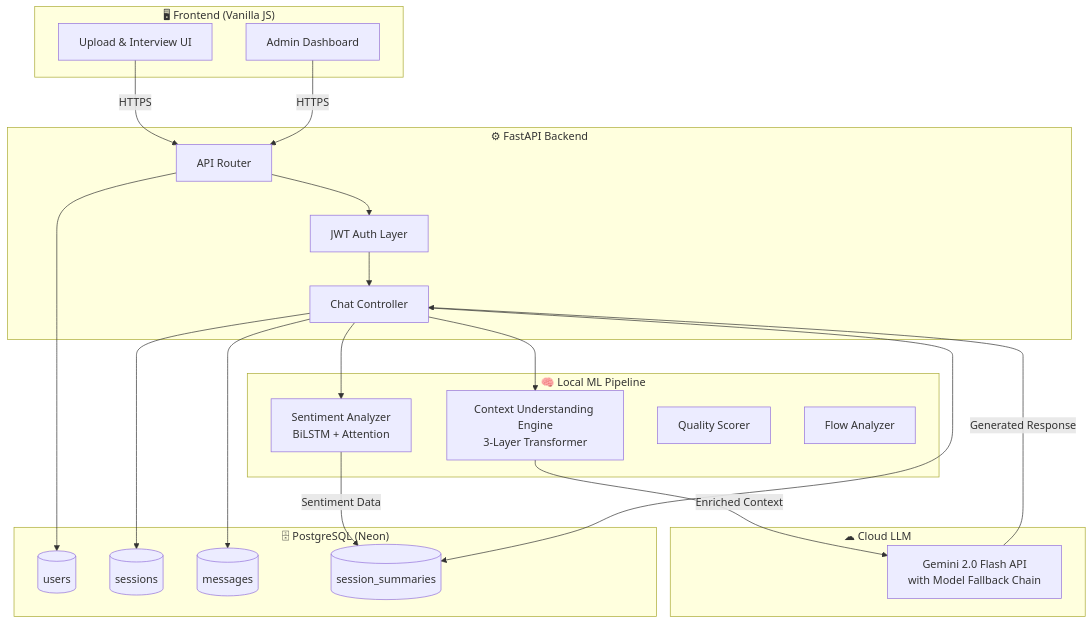
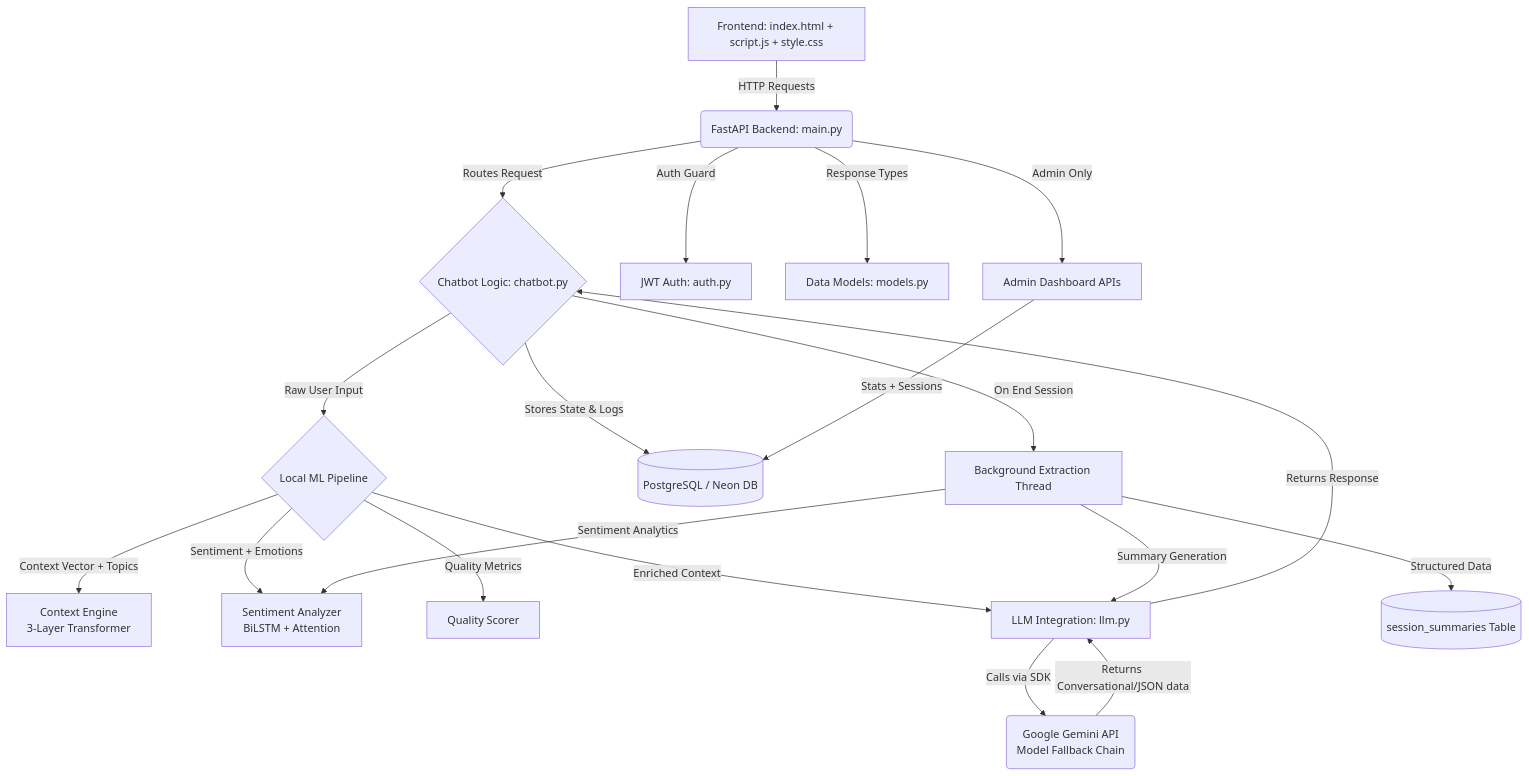
The first of 3 diagrams in README.md (Kshitij-2608/feedbackai), drawn with Mermaid before and after one commit. The commit also changed other lines of this file, not shown here.

Commit message:
docs: rewrite README in project format with ML pipeline documentation

````diff
--- a/README.md
+++ b/README.md
@@ -40,45 +22,26 @@
 ```mermaid
-graph TB
-    subgraph Client["🖥 Frontend (Vanilla JS)"]
-        UI[Upload & Interview UI]
-        Admin[Admin Dashboard]
-    end
-
-    subgraph Server["⚙ FastAPI Backend"]
-        API[API Router]
-        Auth[JWT Auth Layer]
-        Chat[Chat Controller]
-    end
-
-    subgraph ML["🧠 Local ML Pipeline"]
-        CE[Context Understanding Engine<br/>3-Layer Transformer]
-        SA[Sentiment Analyzer<br/>BiLSTM + Attention]
-        QS[Quality Scorer]
-        FA[Flow Analyzer]
-    end
-
-    subgraph Cloud["☁ Cloud LLM"]
-        Gemini[Gemini 2.0 Flash API<br/>with Model Fallback Chain]
-    end
-
-    subgraph DB["🗄 PostgreSQL (Neon)"]
-        Users[(users)]
-        Sessions[(sessions)]
-        Messages[(messages)]
-        Summaries[(session_summaries)]
-    end
-
-    UI -->|HTTPS| API
-    Admin -->|HTTPS| API
-    API --> Auth
-    Auth --> Chat
-    Chat --> CE
-    CE -->|Enriched Context| Gemini
-    Chat --> SA
-    SA -->|Sentiment Data| Summaries
-    Gemini -->|Generated Response| Chat
-    Chat --> Messages
-    Chat --> Sessions
-    Chat --> Summaries
-    API --> Users
+graph TD
+    A[Frontend: index.html + script.js + style.css] -->|HTTP Requests| B(FastAPI Backend: main.py)
+    B -->|Routes Request| C{Chatbot Logic: chatbot.py}
+    B -->|Auth Guard| AUTH[JWT Auth: auth.py]
+    B -->|Response Types| G[Data Models: models.py]
+    
+    C -->|Raw User Input| ML{Local ML Pipeline}
+    ML -->|Context Vector + Topics| CE[Context Engine<br/>3-Layer Transformer]
+    ML -->|Sentiment + Emotions| SA[Sentiment Analyzer<br/>BiLSTM + Attention]
+    ML -->|Quality Metrics| QS[Quality Scorer]
+    
+    ML -->|Enriched Context| D[LLM Integration: llm.py]
+    D -->|Calls via SDK| E(Google Gemini API<br/>Model Fallback Chain)
+    E -->|Returns Conversational/JSON data| D
+    D -->|Returns Response| C
+    
+    C -->|Stores State & Logs| F[(PostgreSQL / Neon DB)]
+    C -->|On End Session| H[Background Extraction Thread]
+    H -->|Summary Generation| D
+    H -->|Sentiment Analytics| SA
+    H -->|Structured Data| SS[(session_summaries Table)]
+    
+    B -->|Admin Only| ADMIN[Admin Dashboard APIs]
+    ADMIN -->|Stats + Sessions| F
 ```
````
